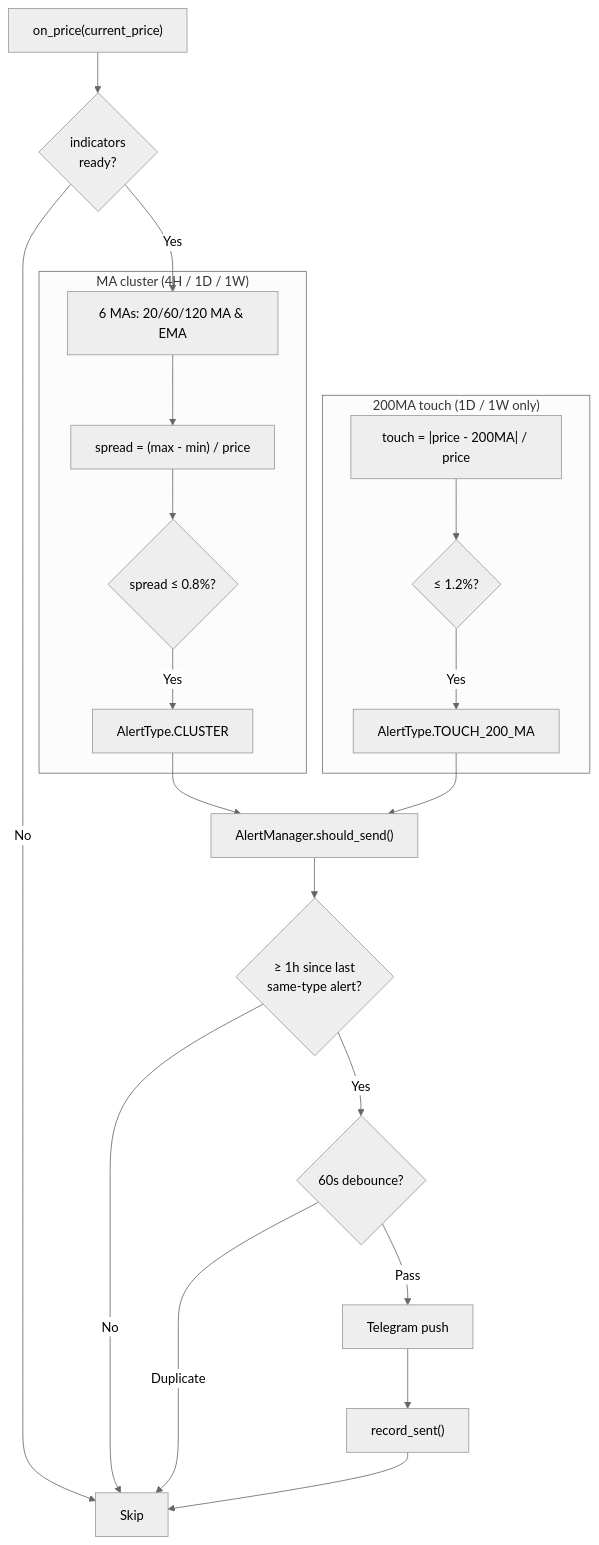
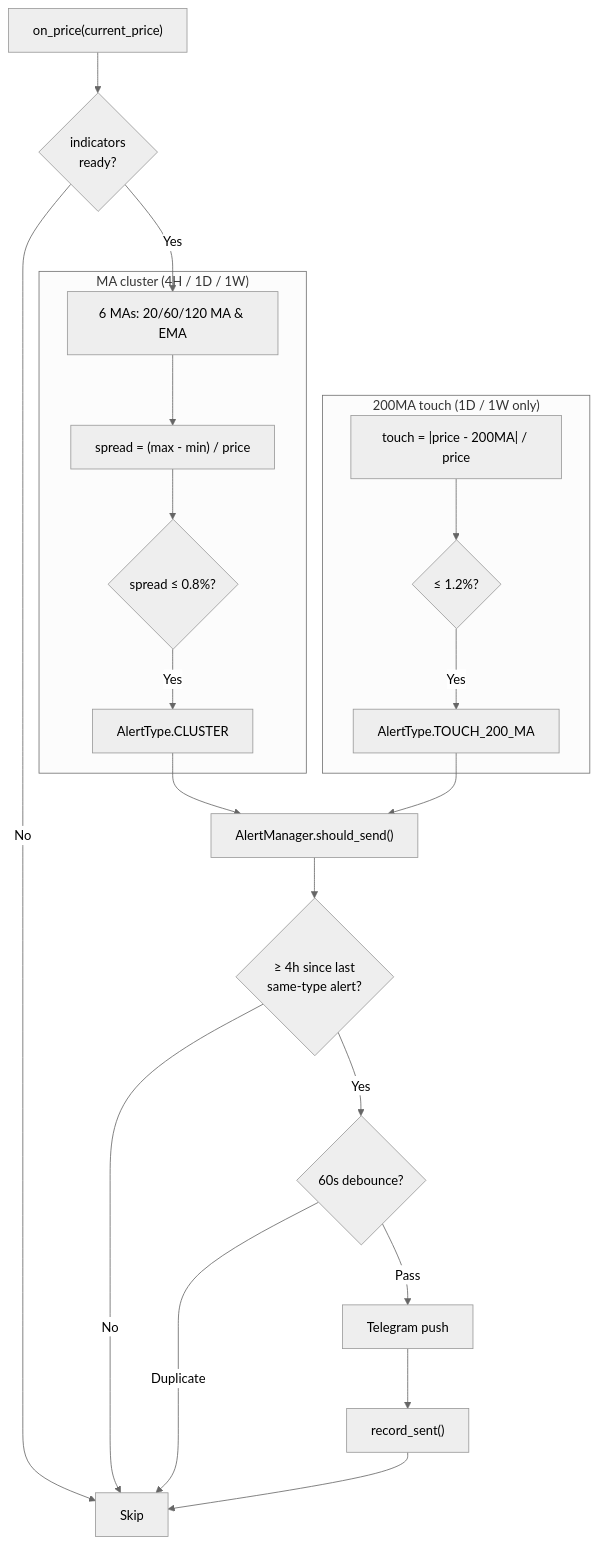
Before and after one commit to Formyselfonly/invest-alert-bot: the fifth of 7 diagrams in readme.md, drawn with Mermaid (neutral theme). The commit also changed other lines of this file and 3 other files, not shown here.

````diff
--- a/readme.md
+++ b/readme.md
@@ -269,28 +269,28 @@
 ```mermaid
 flowchart TB
     START["on_price(current_price)"] --> CHECK{"indicators<br/>ready?"}
     CHECK -->|No| END["Skip"]
     CHECK -->|Yes| CLUSTER
 
     subgraph Cluster["MA cluster (4H / 1D / 1W)"]
         CLUSTER["6 MAs: 20/60/120 MA & EMA"]
         CLUSTER --> SPREAD["spread = (max - min) / price"]
         SPREAD --> COK{"spread ≤ 0.8%?"}
         COK -->|Yes| CE["AlertType.CLUSTER"]
     end
 
     subgraph Touch["200MA touch (1D / 1W only)"]
         TMA["touch = |price - 200MA| / price"]
         TMA --> TOK1{"≤ 1.2%?"}
         TOK1 -->|Yes| AE1["AlertType.TOUCH_200_MA"]
     end
 
     CE & AE1 --> AM["AlertManager.should_send()"]
-    AM --> COOL{"≥ 1h since last<br/>same-type alert?"}
+    AM --> COOL{"≥ 4h since last<br/>same-type alert?"}
     COOL -->|No| END
     COOL -->|Yes| DEDUP{"60s debounce?"}
     DEDUP -->|Duplicate| END
     DEDUP -->|Pass| SEND["Telegram push"]
     SEND --> REC["record_sent()"]
     REC --> END
 ```
````
